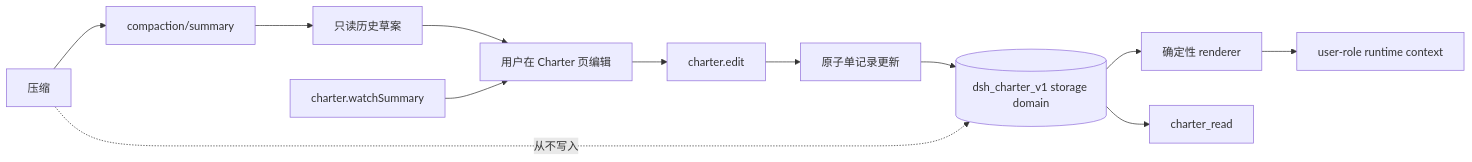
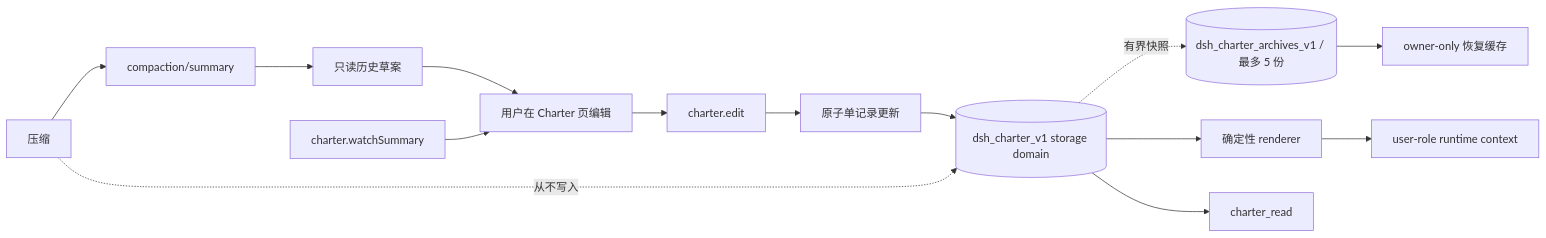
Before and after one commit to centella-cream/dsh-charter: the diagram in README.zh.md, drawn with Mermaid. The commit also changed other lines of this file and 2 other files, not shown here.

````diff
--- a/README.zh.md
+++ b/README.zh.md
@@ -109,14 +110,16 @@
 ```mermaid
 flowchart LR
   U[用户在 Charter 页编辑] --> A[charter.edit]
   A --> B[原子单记录更新]
   B --> D[(dsh_charter_v1 storage domain)]
+  D -. 有界快照 .-> Q[(dsh_charter_archives_v1 / 最多 5 份)]
+  Q --> X[owner-only 恢复缓存]
   D --> R[确定性 renderer]
   R --> C[user-role runtime context]
   D --> T[charter_read]
   P[压缩] -. 从不写入 .-> D
   P --> S[compaction/summary]
   S --> H[只读历史草案]
   H --> U
   W[charter.watchSummary] --> U
 ```
````
